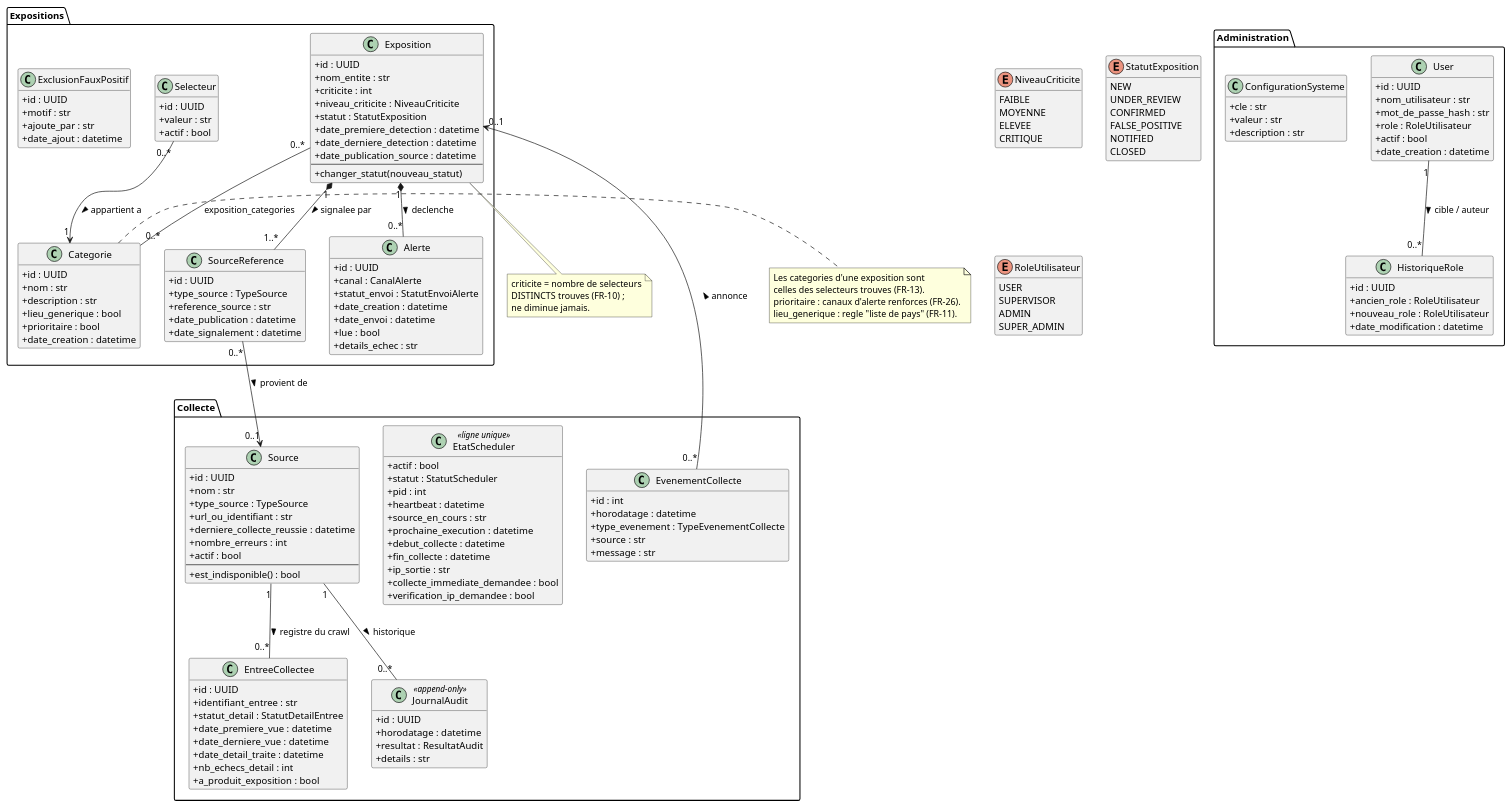
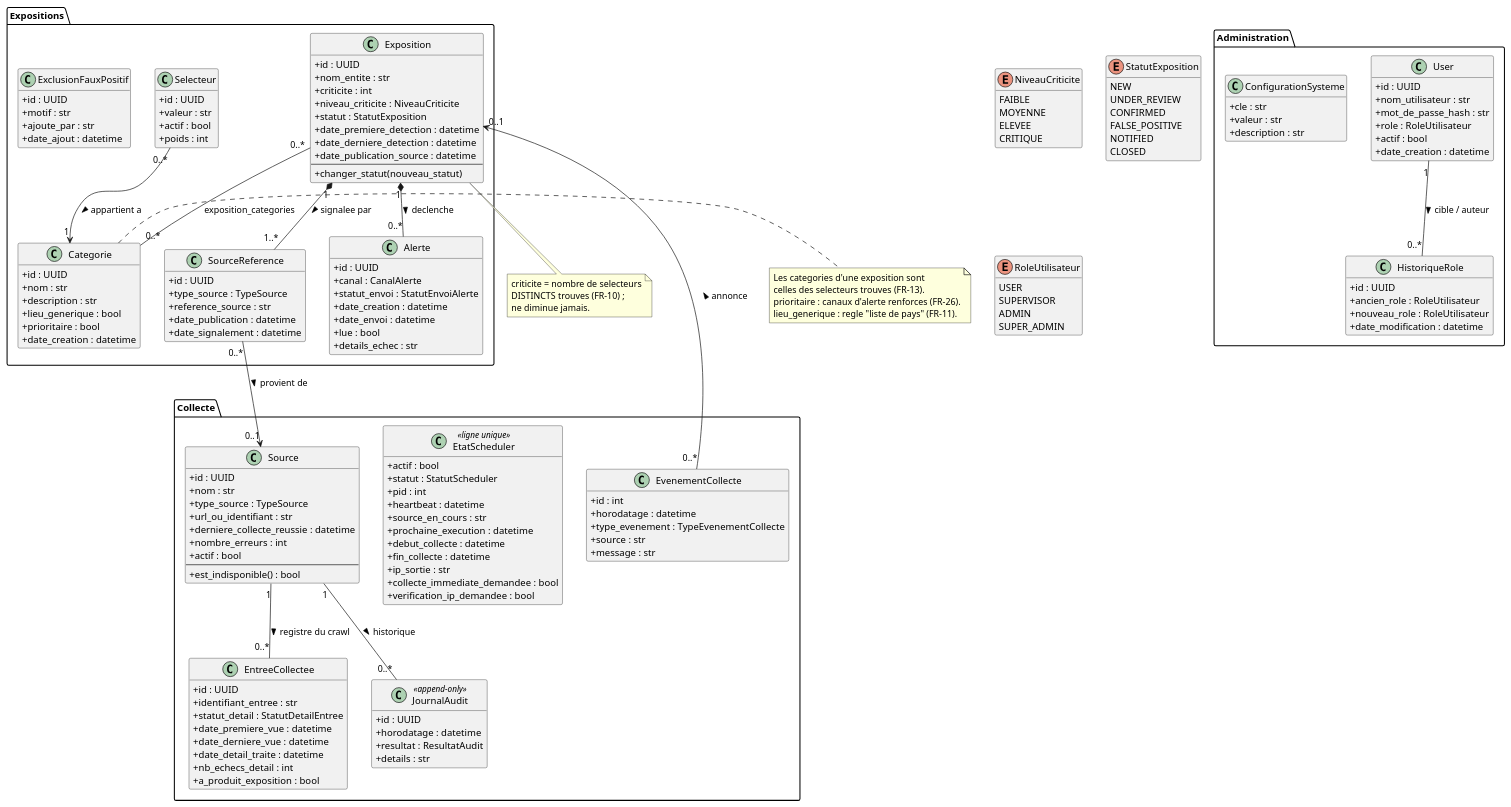
One commit to vnyay1/dark-web-monitoring changed the diagram in docs/uml/classes.puml. Above: the diagram before and after it, drawn with PlantUML. The commit also changed 50 other files, not shown here.

```diff
--- a/docs/uml/classes.puml
+++ b/docs/uml/classes.puml
@@ -1,192 +1,193 @@
 @startuml ClassDiagram_DarkWebMonitoring
 
 ' Modele de donnees de Sentinel (app/models/__init__.py).
 ' CN-03 / CN-04 : seules des metadonnees sont stockees - aucune donnee
 ' divulguee, aucun nom de personne, aucun extrait d'annonce.
 
 skinparam classAttributeIconSize 0
 hide empty methods
 
 package "Expositions" {
 
   class Exposition {
     +id : UUID
     +nom_entite : str
     +criticite : int
     +niveau_criticite : NiveauCriticite
     +statut : StatutExposition
     +date_premiere_detection : datetime
     +date_derniere_detection : datetime
     +date_publication_source : datetime
     --
     +changer_statut(nouveau_statut)
   }
 
   class SourceReference {
     +id : UUID
     +type_source : TypeSource
     +reference_source : str
     +date_publication : datetime
     +date_signalement : datetime
   }
 
   class Categorie {
     +id : UUID
     +nom : str
     +description : str
     +lieu_generique : bool
     +prioritaire : bool
     +date_creation : datetime
   }
 
   class Selecteur {
     +id : UUID
     +valeur : str
     +actif : bool
+    +poids : int
   }
 
   class ExclusionFauxPositif {
     +id : UUID
     +motif : str
     +ajoute_par : str
     +date_ajout : datetime
   }
 
   class Alerte {
     +id : UUID
     +canal : CanalAlerte
     +statut_envoi : StatutEnvoiAlerte
     +date_creation : datetime
     +date_envoi : datetime
     +lue : bool
     +details_echec : str
   }
 }
 
 package "Collecte" {
 
   class Source {
     +id : UUID
     +nom : str
     +type_source : TypeSource
     +url_ou_identifiant : str
     +derniere_collecte_reussie : datetime
     +nombre_erreurs : int
     +actif : bool
     --
     +est_indisponible() : bool
   }
 
   class EntreeCollectee {
     +id : UUID
     +identifiant_entree : str
     +statut_detail : StatutDetailEntree
     +date_premiere_vue : datetime
     +date_derniere_vue : datetime
     +date_detail_traite : datetime
     +nb_echecs_detail : int
     +a_produit_exposition : bool
   }
 
   class JournalAudit <<append-only>> {
     +id : UUID
     +horodatage : datetime
     +resultat : ResultatAudit
     +details : str
   }
 
   class EtatScheduler <<ligne unique>> {
     +actif : bool
     +statut : StatutScheduler
     +pid : int
     +heartbeat : datetime
     +source_en_cours : str
     +prochaine_execution : datetime
     +debut_collecte : datetime
     +fin_collecte : datetime
     +ip_sortie : str
     +collecte_immediate_demandee : bool
     +verification_ip_demandee : bool
   }
 
   class EvenementCollecte {
     +id : int
     +horodatage : datetime
     +type_evenement : TypeEvenementCollecte
     +source : str
     +message : str
   }
 }
 
 package "Administration" {
 
   class User {
     +id : UUID
     +nom_utilisateur : str
     +mot_de_passe_hash : str
     +role : RoleUtilisateur
     +actif : bool
     +date_creation : datetime
   }
 
   class HistoriqueRole {
     +id : UUID
     +ancien_role : RoleUtilisateur
     +nouveau_role : RoleUtilisateur
     +date_modification : datetime
   }
 
   class ConfigurationSysteme {
     +cle : str
     +valeur : str
     +description : str
   }
 }
 
 enum NiveauCriticite {
   FAIBLE
   MOYENNE
   ELEVEE
   CRITIQUE
 }
 
 enum StatutExposition {
   NEW
   UNDER_REVIEW
   CONFIRMED
   FALSE_POSITIVE
   NOTIFIED
   CLOSED
 }
 
 enum RoleUtilisateur {
   USER
   SUPERVISOR
   ADMIN
   SUPER_ADMIN
 }
 
 Exposition "1" *-- "1..*" SourceReference : signalee par >
 SourceReference "0..*" --> "0..1" Source : provient de >
 Exposition "0..*" -- "0..*" Categorie : exposition_categories
 Selecteur "0..*" --> "1" Categorie : appartient a >
 Exposition "1" *-- "0..*" Alerte : declenche >
 Source "1" -- "0..*" JournalAudit : historique >
 Source "1" -- "0..*" EntreeCollectee : registre du crawl >
 EvenementCollecte "0..*" --> "0..1" Exposition : annonce >
 User "1" -- "0..*" HistoriqueRole : cible / auteur >
 
 note right of Categorie
   Les categories d'une exposition sont
   celles des selecteurs trouves (FR-13).
   prioritaire : canaux d'alerte renforces (FR-26).
   lieu_generique : regle "liste de pays" (FR-11).
 end note
 
 note bottom of Exposition
   criticite = nombre de selecteurs
   DISTINCTS trouves (FR-10) ;
   ne diminue jamais.
 end note
 
 @enduml
```
